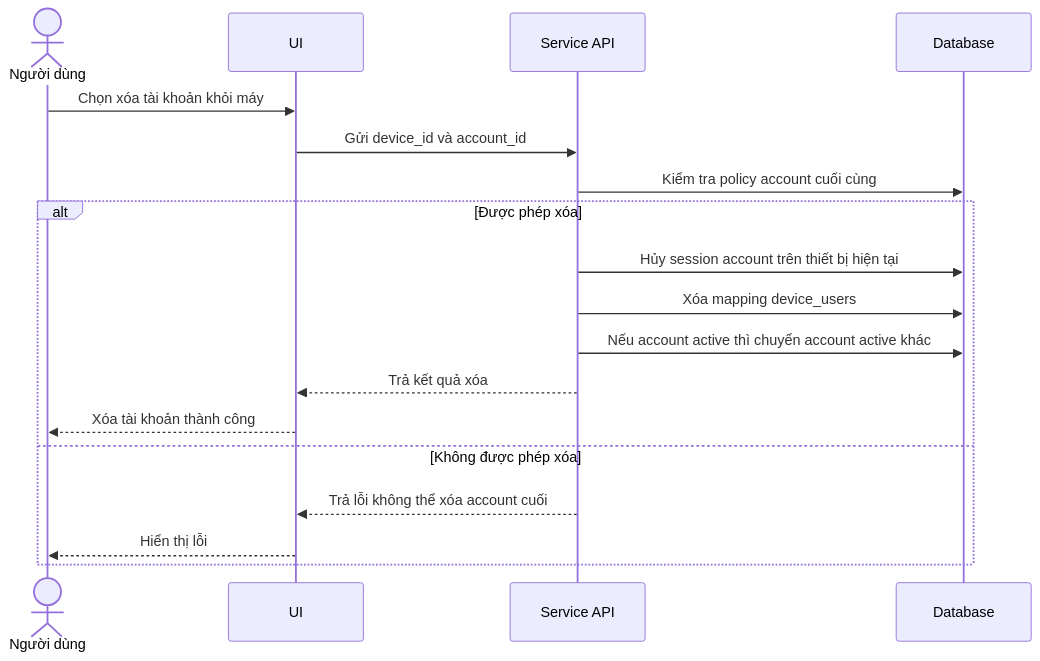
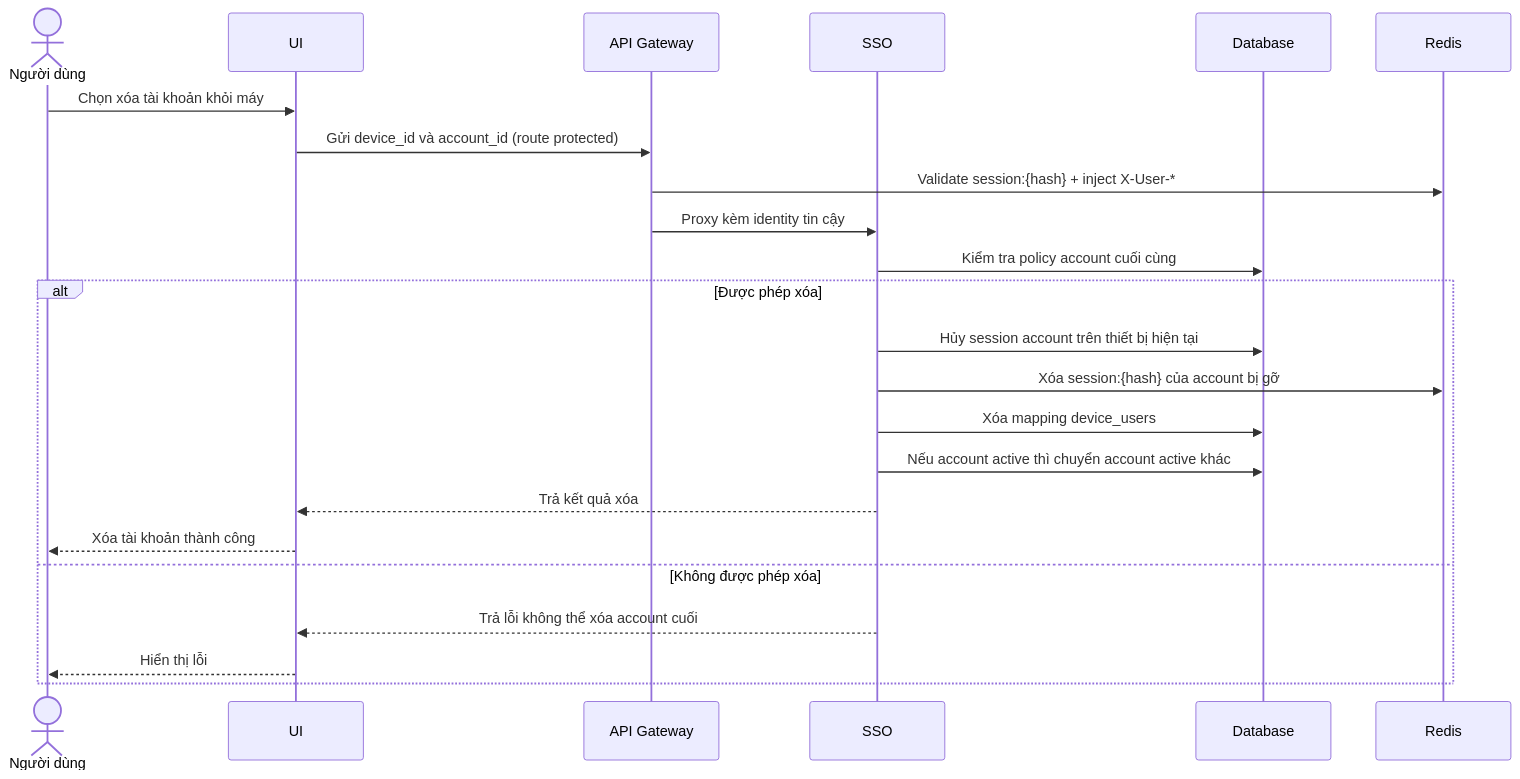
One commit to CVThien2k2/joytab changed the fifth of 6 diagrams in docs/thiet-ke-he-thong-20260522.md. Above: the diagram before and after it, drawn with Mermaid. The commit also changed other lines of this file and 3 other files, not shown here.

Commit message:
docs: reflect api-gateway + sso edge-auth architecture

````diff
--- a/docs/thiet-ke-he-thong-20260522.md
+++ b/docs/thiet-ke-he-thong-20260522.md
@@ -114,21 +132,26 @@
 ```mermaid
 sequenceDiagram
   actor ND as Người dùng
   participant UI
-  participant API as Service API
+  participant GW as API Gateway
+  participant API as SSO
   participant DB as Database
+  participant RD as Redis
 
   ND->>UI: Chọn xóa tài khoản khỏi máy
-  UI->>API: Gửi device_id và account_id
+  UI->>GW: Gửi device_id và account_id (route protected)
+  GW->>RD: Validate session:{hash} + inject X-User-*
+  GW->>API: Proxy kèm identity tin cậy
   API->>DB: Kiểm tra policy account cuối cùng
   alt Được phép xóa
     API->>DB: Hủy session account trên thiết bị hiện tại
+    API->>RD: Xóa session:{hash} của account bị gỡ
     API->>DB: Xóa mapping device_users
     API->>DB: Nếu account active thì chuyển account active khác
     API-->>UI: Trả kết quả xóa
     UI-->>ND: Xóa tài khoản thành công
   else Không được phép xóa
     API-->>UI: Trả lỗi không thể xóa account cuối
     UI-->>ND: Hiển thị lỗi
   end
 ```
````
